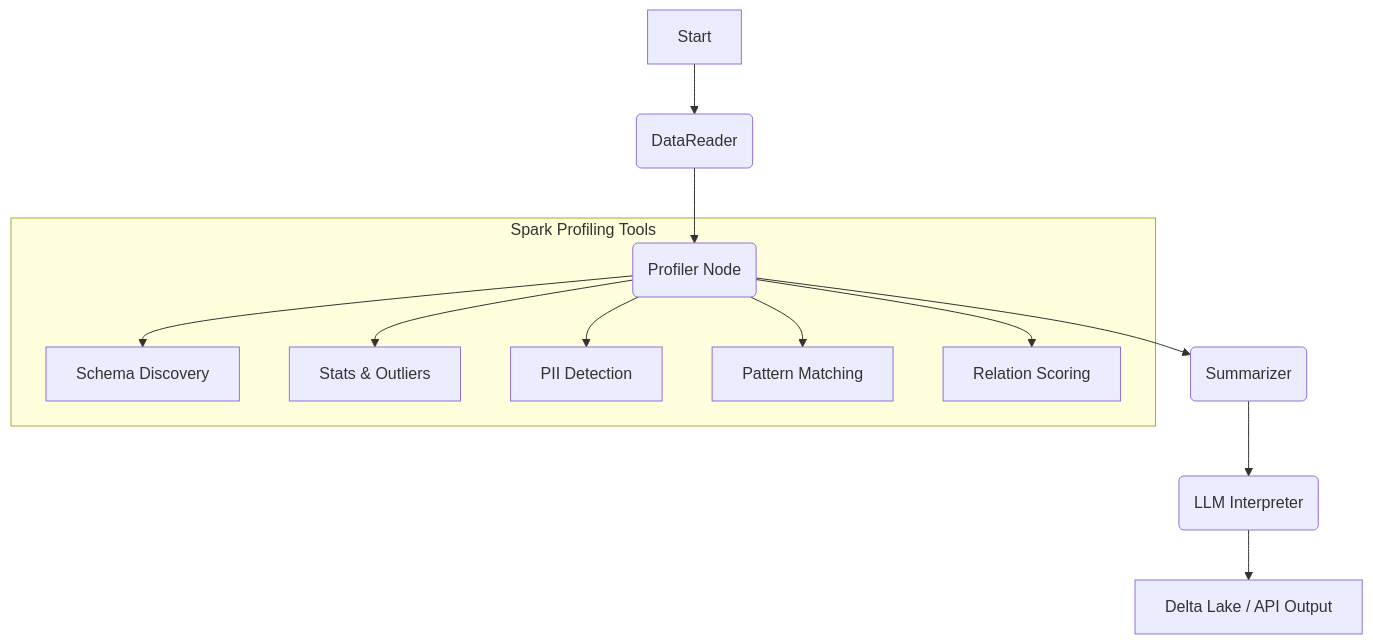
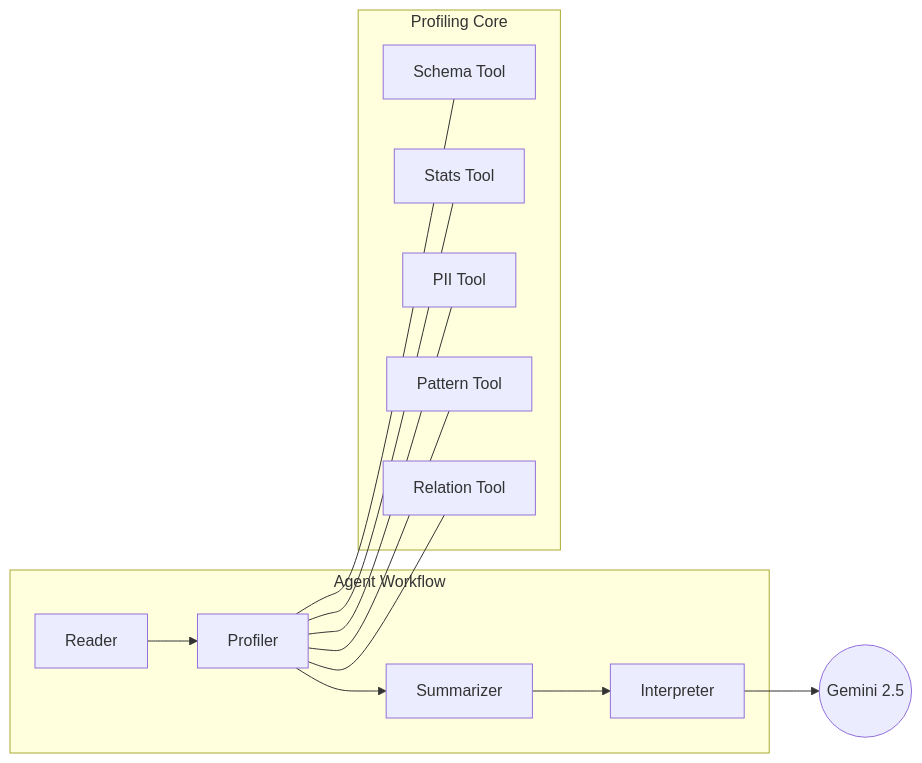
Before and after one commit to sathishthandhari-collab/Data_Profiling_Agent: the diagram in README.md, drawn with Mermaid. The commit also changed other lines of this file and 13 other files, not shown here.

````diff
--- a/README.md
+++ b/README.md
@@ -15,16 +29,18 @@
 ```mermaid
-graph TD
-    A[Start] --> B(DataReader)
-    B --> C(Profiler Node)
-    C --> D(Summarizer)
-    D --> E(LLM Interpreter)
-    E --> F[Delta Lake / API Output]
+graph LR
+    subgraph "Agent Workflow"
+        Reader --> Profiler
+        Profiler --> Summarizer
+        Summarizer --> Interpreter
+    end
+    
+    subgraph "Profiling Core"
+        Profiler --- Schema[Schema Tool]
+        Profiler --- Stats[Stats Tool]
+        Profiler --- PII[PII Tool]
+        Profiler --- Patterns[Pattern Tool]
+        Profiler --- Relations[Relation Tool]
+    end
 
-    subgraph "Spark Profiling Tools"
-    C --> C1[Schema Discovery]
-    C --> C2[Stats & Outliers]
-    C --> C3[PII Detection]
-    C --> C4[Pattern Matching]
-    C --> C5[Relation Scoring]
-    end
+    Interpreter --> LLM((Gemini 2.5))
 ```
````
